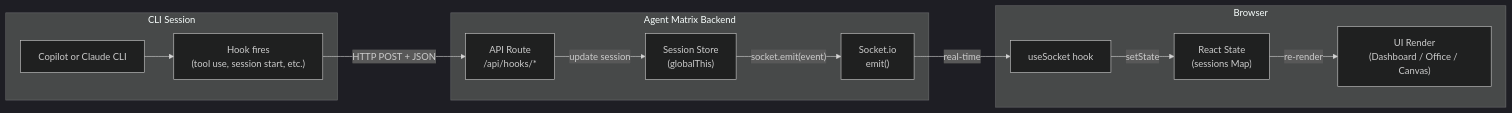
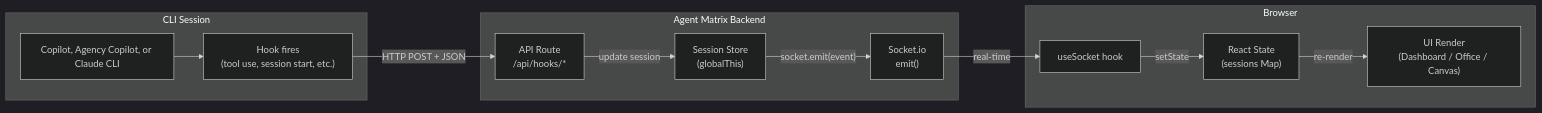
The second of 6 diagrams in docs/design/README.md (Nahom-Kefelegne/AgentMatrix), drawn with Mermaid (dark theme) before and after one commit. The commit also changed other lines of this file and 69 other files, not shown here.

````diff
--- a/docs/design/README.md
+++ b/docs/design/README.md
@@ -68,27 +70,27 @@
 ```mermaid
 flowchart LR
     subgraph "CLI Session"
-        CLI["Copilot or Claude CLI"]
+        CLI["Copilot, Agency Copilot, or Claude CLI"]
         Hook["Hook fires<br/>(tool use, session start, etc.)"]
     end
 
     subgraph "Agent Matrix Backend"
         Route["API Route<br/>/api/hooks/*"]
         Store["Session Store<br/>(globalThis)"]
         Socket["Socket.io<br/>emit()"]
     end
 
     subgraph "Browser"
         Handler["useSocket hook"]
         State["React State<br/>(sessions Map)"]
         View["UI Render<br/>(Dashboard / Office / Canvas)"]
     end
 
     CLI --> Hook
     Hook -->|"HTTP POST + JSON"| Route
     Route -->|"update session"| Store
     Store -->|"socket.emit(event)"| Socket
     Socket -->|"real-time"| Handler
     Handler -->|"setState"| State
     State -->|"re-render"| View
 ```
````
